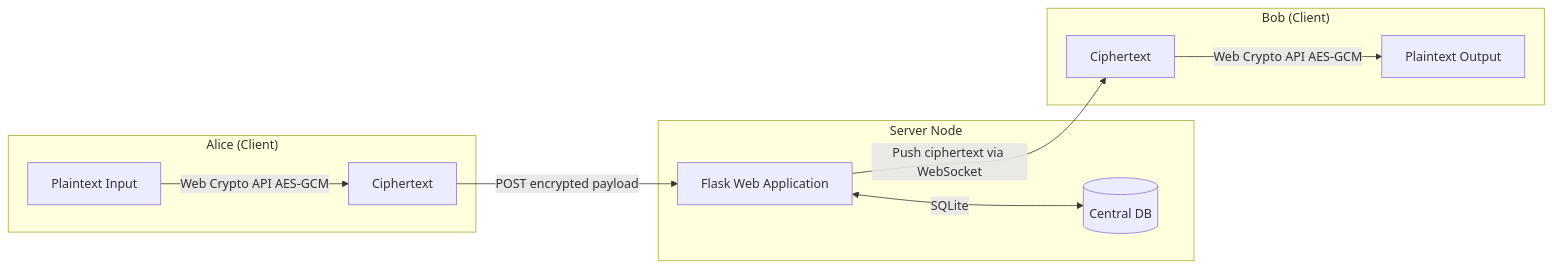
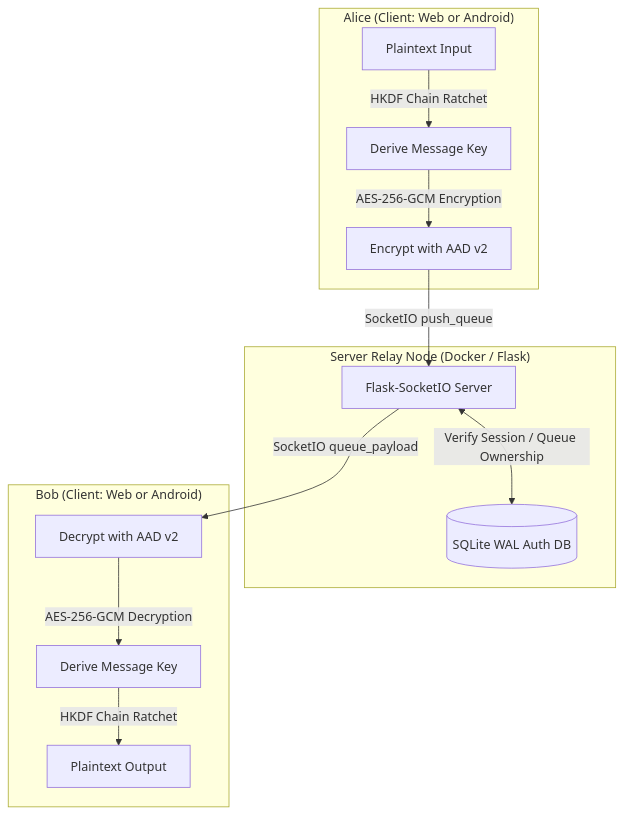
One commit to aryansinghnagar/AnonyMus changed the diagram in README.md. Above: the diagram before and after it, drawn with Mermaid. The commit also changed other lines of this file and 34 other files, not shown here.

````diff
--- a/README.md
+++ b/README.md
@@ -13,17 +16,21 @@
 ```mermaid
-graph LR
-    subgraph "Alice (Client)"
-        A1[Plaintext Input] -->|Web Crypto API AES-GCM| A2[Ciphertext]
+graph TD
+    subgraph "Alice (Client: Web or Android)"
+        A1[Plaintext Input] -->|HKDF Chain Ratchet| A2[Derive Message Key]
+        A2 -->|AES-256-GCM Encryption| A3[Encrypt with AAD v2]
     end
 
-    subgraph "Server Node"
-        S1[Flask Web Application] <-->|SQLite| S2[(Central DB)]
+    subgraph "Server Relay Node (Docker / Flask)"
+        S1[Flask-SocketIO Server]
+        S2[(SQLite WAL Auth DB)]
+        S1 <-->|Verify Session / Queue Ownership| S2
     end
 
-    subgraph "Bob (Client)"
-        B2[Ciphertext] -->|Web Crypto API AES-GCM| B1[Plaintext Output]
+    subgraph "Bob (Client: Web or Android)"
+        B3[Decrypt with AAD v2] -->|AES-256-GCM Decryption| B2[Derive Message Key]
+        B2 -->|HKDF Chain Ratchet| B1[Plaintext Output]
     end
 
-    A2 -->|POST encrypted payload| S1
-    S1 -->|Push ciphertext via WebSocket| B2
+    A3 -->|SocketIO push_queue| S1
+    S1 -->|SocketIO queue_payload| B3
 ```
````
